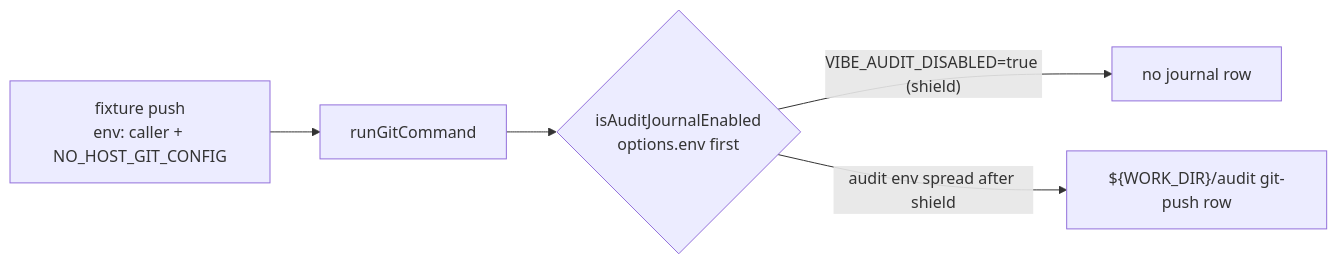
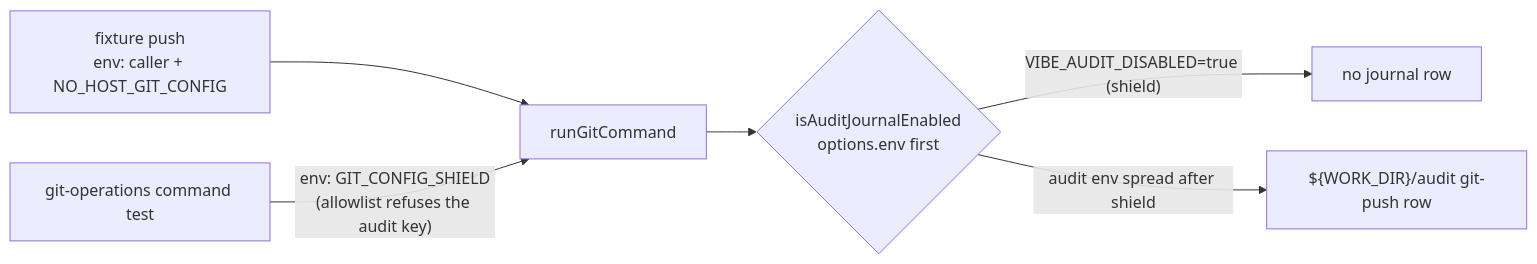
Before and after one commit to stSoftwareAU/VibeCoder: the diagram in docs/archive/pr-summaries/pr-summary-5385.md, drawn with Mermaid. The commit also changed other lines of this file, not shown here.

````diff
--- a/docs/archive/pr-summaries/pr-summary-5385.md
+++ b/docs/archive/pr-summaries/pr-summary-5385.md
@@ -48,7 +59,8 @@
 ```mermaid
 flowchart LR
     T[fixture push<br/>env: caller + NO_HOST_GIT_CONFIG] --> R[runGitCommand]
     R --> G{isAuditJournalEnabled<br/>options.env first}
     G -- "VIBE_AUDIT_DISABLED=true (shield)" --> N[no journal row]
     G -- "audit env spread after shield" --> J["${WORK_DIR}/audit git-push row"]
+    C[git-operations command test] -- "env: GIT_CONFIG_SHIELD<br/>(allowlist refuses the audit key)" --> R
 ```
````
